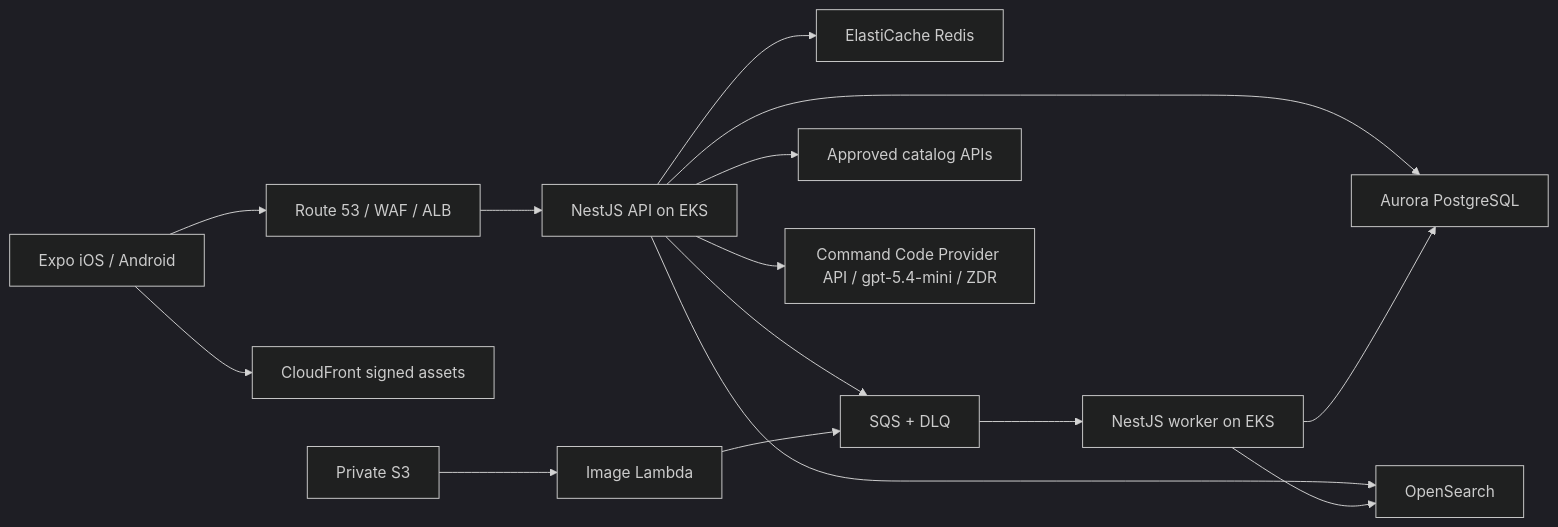
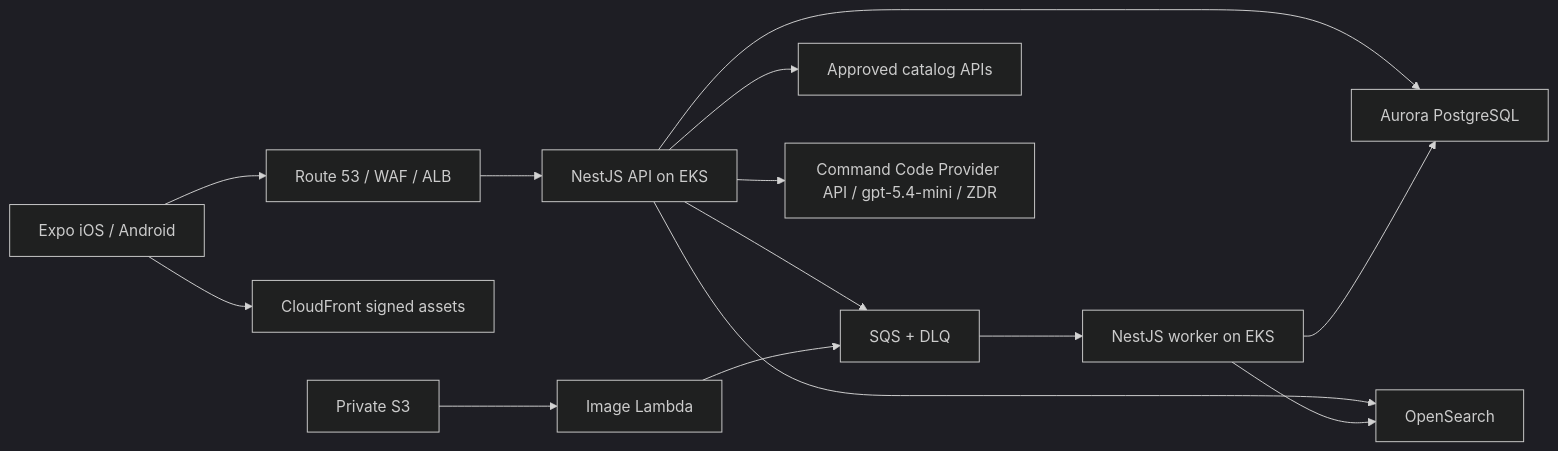
Before and after one commit to cyjoon68/shopport-app: the diagram in docs/architecture.md, drawn with Mermaid (dark theme). The commit also changed other lines of this file and 8 other files, not shown here.

````diff
--- a/docs/architecture.md
+++ b/docs/architecture.md
@@ -3,17 +3,16 @@
 ```mermaid
 flowchart LR
   M["Expo iOS / Android"] --> EDGE["Route 53 / WAF / ALB"]
   M --> CF["CloudFront signed assets"]
   EDGE --> API["NestJS API on EKS"]
   API --> PG["Aurora PostgreSQL"]
-  API --> REDIS["ElastiCache Redis"]
   API --> SEARCH["OpenSearch"]
   API --> SQS["SQS + DLQ"]
   API --> PROVIDERS["Approved catalog APIs"]
   API --> LLM["Command Code Provider API / gpt-5.4-mini / ZDR"]
   S3["Private S3"] --> LAMBDA["Image Lambda"]
   LAMBDA --> SQS
   SQS --> WORKER["NestJS worker on EKS"]
   WORKER --> PG
   WORKER --> SEARCH
 ```
````
